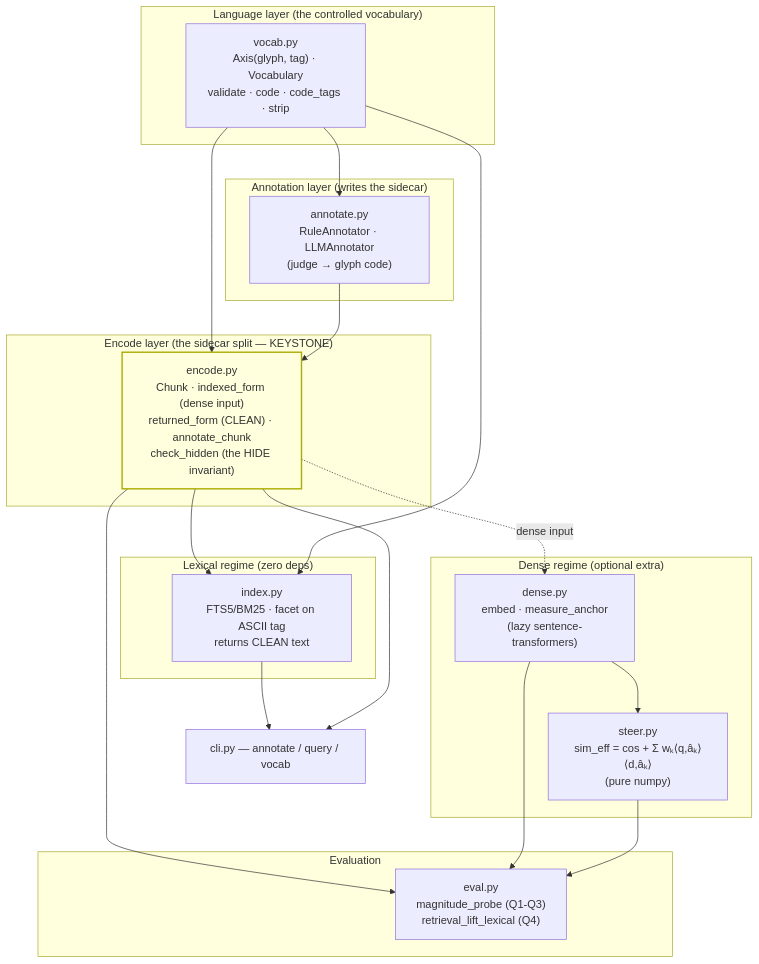
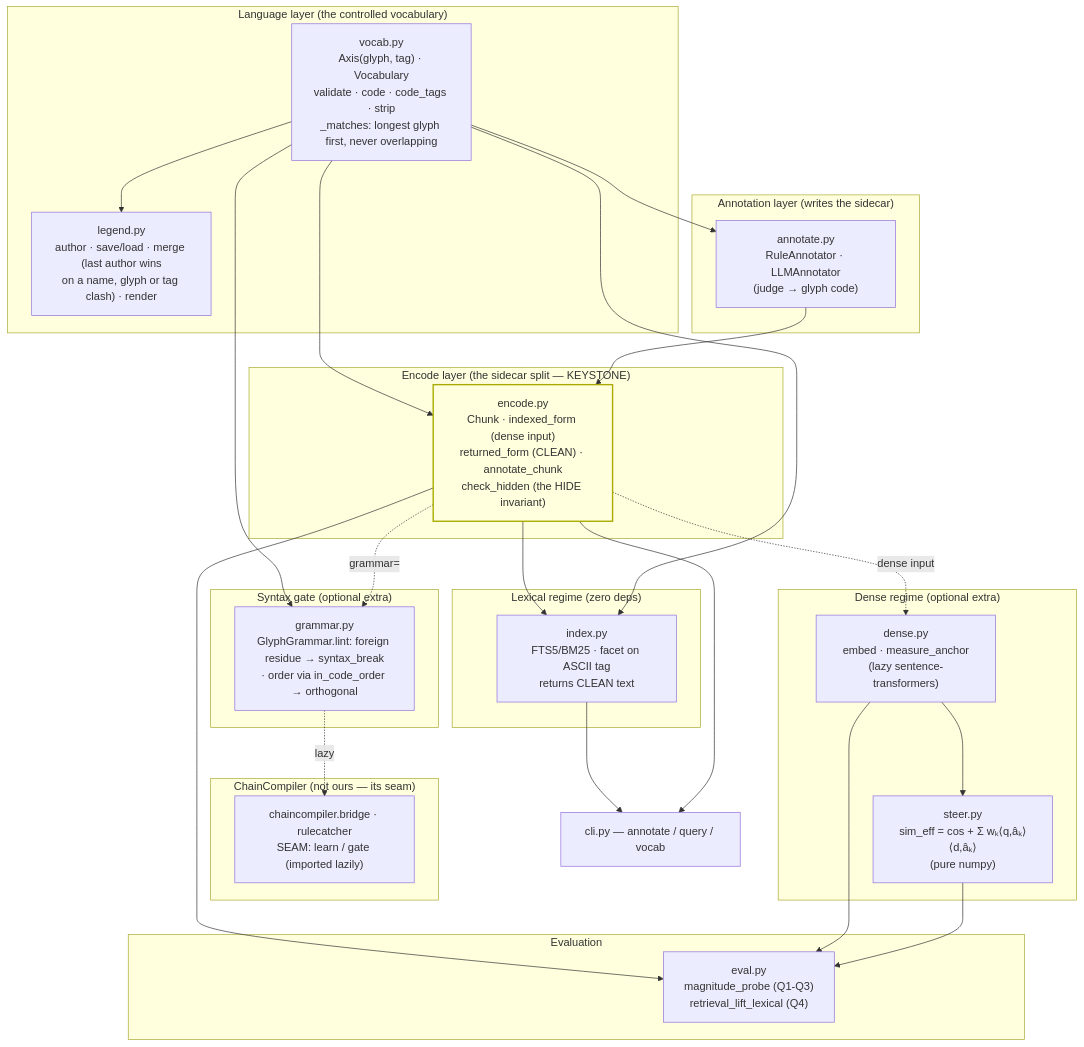
Before and after one commit to sancovp/chaincompiler: the first of 3 diagrams in packages/glyphsteer/.claude/rules/10-architecture-components.md, drawn with Mermaid. The commit also changed other lines of this file and 94 other files, not shown here.

````diff
--- a/packages/glyphsteer/.claude/rules/10-architecture-components.md
+++ b/packages/glyphsteer/.claude/rules/10-architecture-components.md
@@ -7,45 +7,58 @@
 ```mermaid
 flowchart TB
     subgraph lang["Language layer (the controlled vocabulary)"]
-        vocab["vocab.py<br/>Axis(glyph, tag) · Vocabulary<br/>validate · code · code_tags · strip"]
+        vocab["vocab.py<br/>Axis(glyph, tag) · Vocabulary<br/>validate · code · code_tags · strip<br/>_matches: longest glyph first, never overlapping"]
+        legend["legend.py<br/>author · save/load · merge (last author wins<br/>on a name, glyph or tag clash) · render"]
+    end
+
+    subgraph gate["Syntax gate (optional extra)"]
+        grammar["grammar.py<br/>GlyphGrammar.lint: foreign residue → syntax_break<br/>· order via in_code_order → orthogonal"]
+    end
+
+    subgraph ext["ChainCompiler (not ours — its seam)"]
+        rc["chaincompiler.bridge · rulecatcher<br/>SEAM: learn / gate (imported lazily)"]
     end
 
     subgraph annot["Annotation layer (writes the sidecar)"]
         annotate["annotate.py<br/>RuleAnnotator · LLMAnnotator<br/>(judge → glyph code)"]
     end
 
     subgraph core["Encode layer (the sidecar split — KEYSTONE)"]
         encode["encode.py<br/>Chunk · indexed_form (dense input)<br/>returned_form (CLEAN) · annotate_chunk<br/>check_hidden (the HIDE invariant)"]
     end
 
     subgraph lex["Lexical regime (zero deps)"]
         index["index.py<br/>FTS5/BM25 · facet on ASCII tag<br/>returns CLEAN text"]
     end
 
     subgraph dense["Dense regime (optional extra)"]
         denseM["dense.py<br/>embed · measure_anchor<br/>(lazy sentence-transformers)"]
         steer["steer.py<br/>sim_eff = cos + Σ wₖ⟨q,âₖ⟩⟨d,âₖ⟩<br/>(pure numpy)"]
     end
 
     subgraph evalL["Evaluation"]
         evalm["eval.py<br/>magnitude_probe (Q1-Q3)<br/>retrieval_lift_lexical (Q4)"]
     end
 
     cli["cli.py — annotate / query / vocab"]
 
     vocab --> annotate
     vocab --> encode
+    vocab --> legend
+    vocab --> grammar
+    grammar -.lazy.-> rc
+    encode -.grammar=.-> grammar
     annotate --> encode
     encode --> index
     encode --> evalm
     vocab --> index
     denseM --> steer
     denseM --> evalm
     steer --> evalm
     encode -.dense input.-> denseM
     index --> cli
     encode --> cli
 
     classDef key fill:#ffd,stroke:#aa0,stroke-width:2px;
     class encode key;
 ```
````
